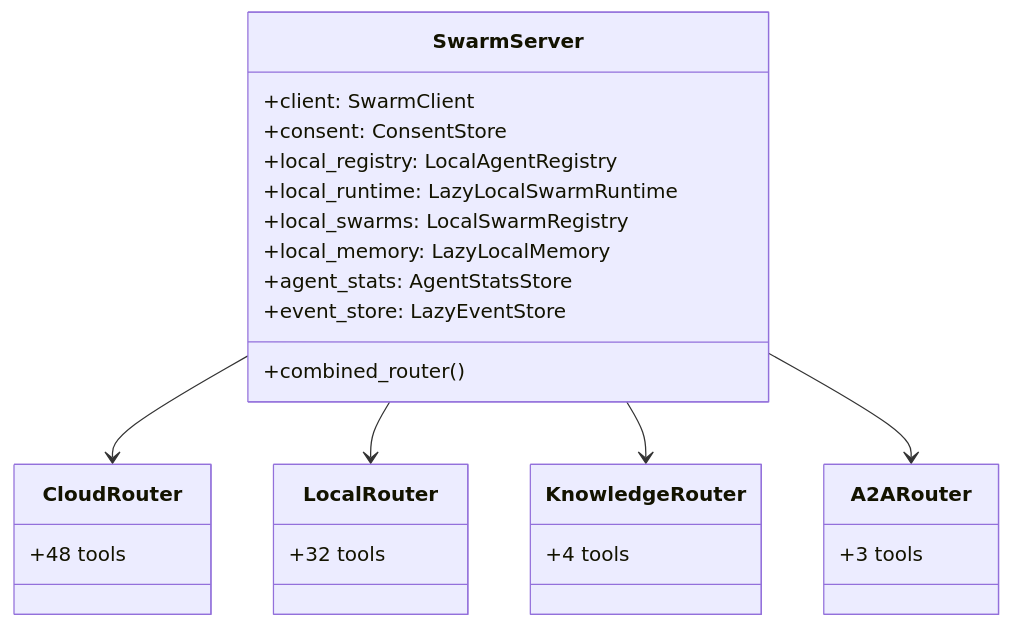
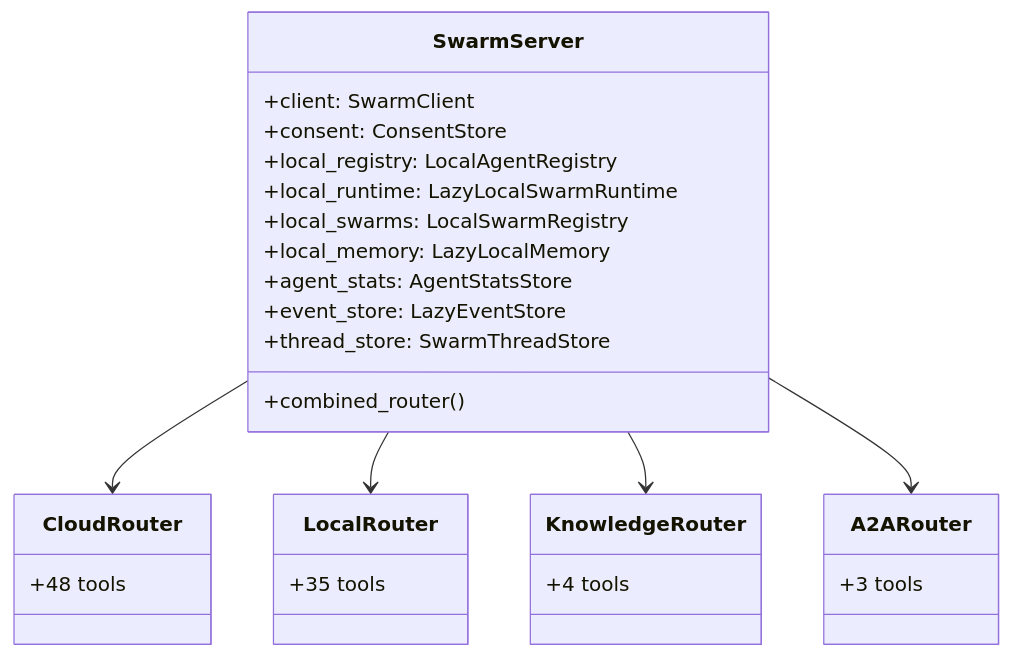
One commit to mdz-axo/zed-kask changed the diagram in kask/docs/diataxis/swarm_system/reference.md. Above: the diagram before and after it, drawn with Mermaid. The commit also changed other lines of this file and 28 other files, not shown here.

````diff
--- a/kask/docs/diataxis/swarm_system/reference.md
+++ b/kask/docs/diataxis/swarm_system/reference.md
@@ -22,30 +21,31 @@
 ```mermaid
 classDiagram
     class SwarmServer {
         +client: SwarmClient
         +consent: ConsentStore
         +local_registry: LocalAgentRegistry
         +local_runtime: LazyLocalSwarmRuntime
         +local_swarms: LocalSwarmRegistry
         +local_memory: LazyLocalMemory
         +agent_stats: AgentStatsStore
         +event_store: LazyEventStore
+        +thread_store: SwarmThreadStore
         +combined_router()
     }
     class CloudRouter {
         +48 tools
     }
     class LocalRouter {
-        +32 tools
+        +35 tools
     }
     class KnowledgeRouter {
         +4 tools
     }
     class A2ARouter {
         +3 tools
     }
     SwarmServer --> CloudRouter
     SwarmServer --> LocalRouter
     SwarmServer --> KnowledgeRouter
     SwarmServer --> A2ARouter
 ```
````
